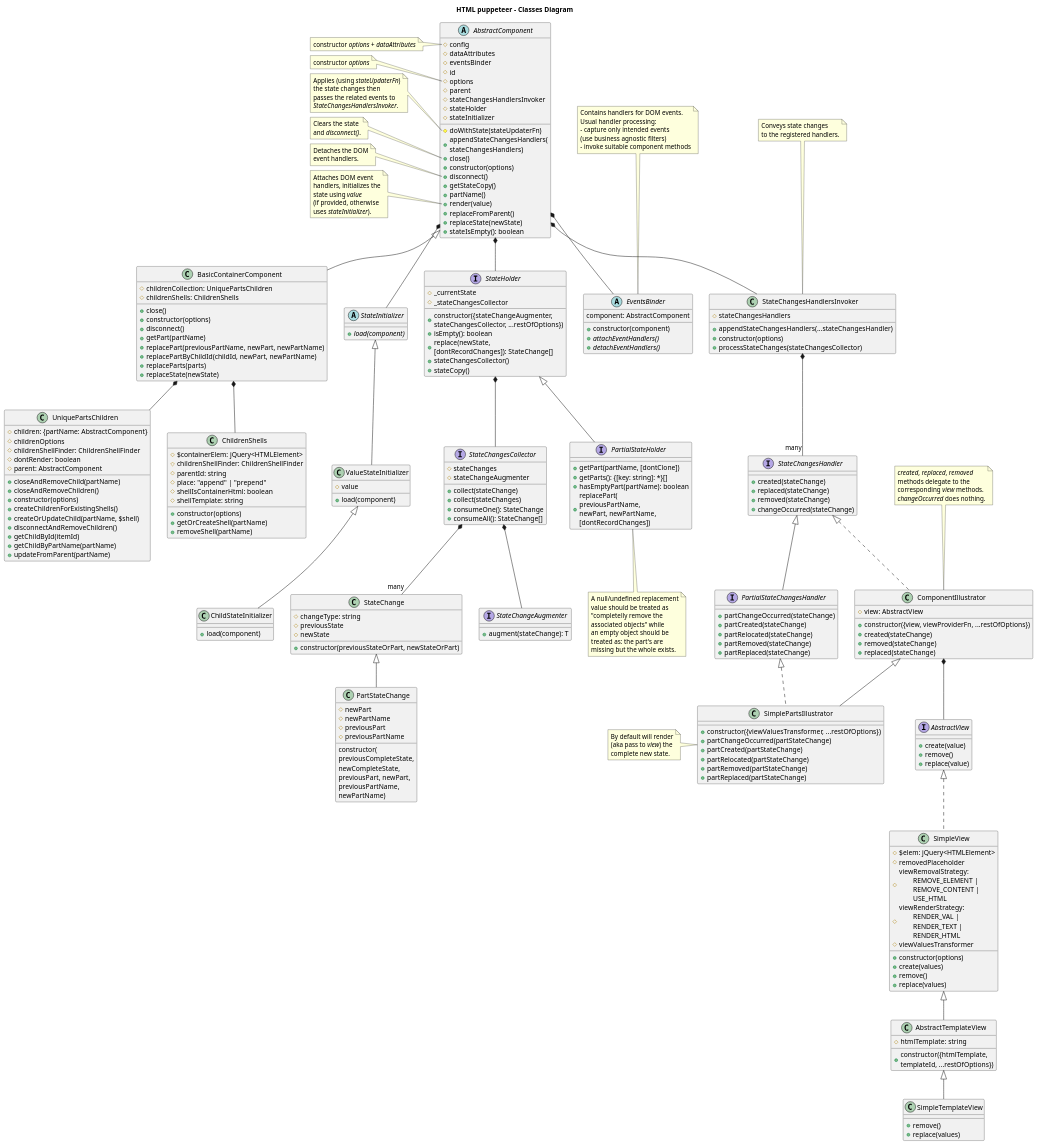
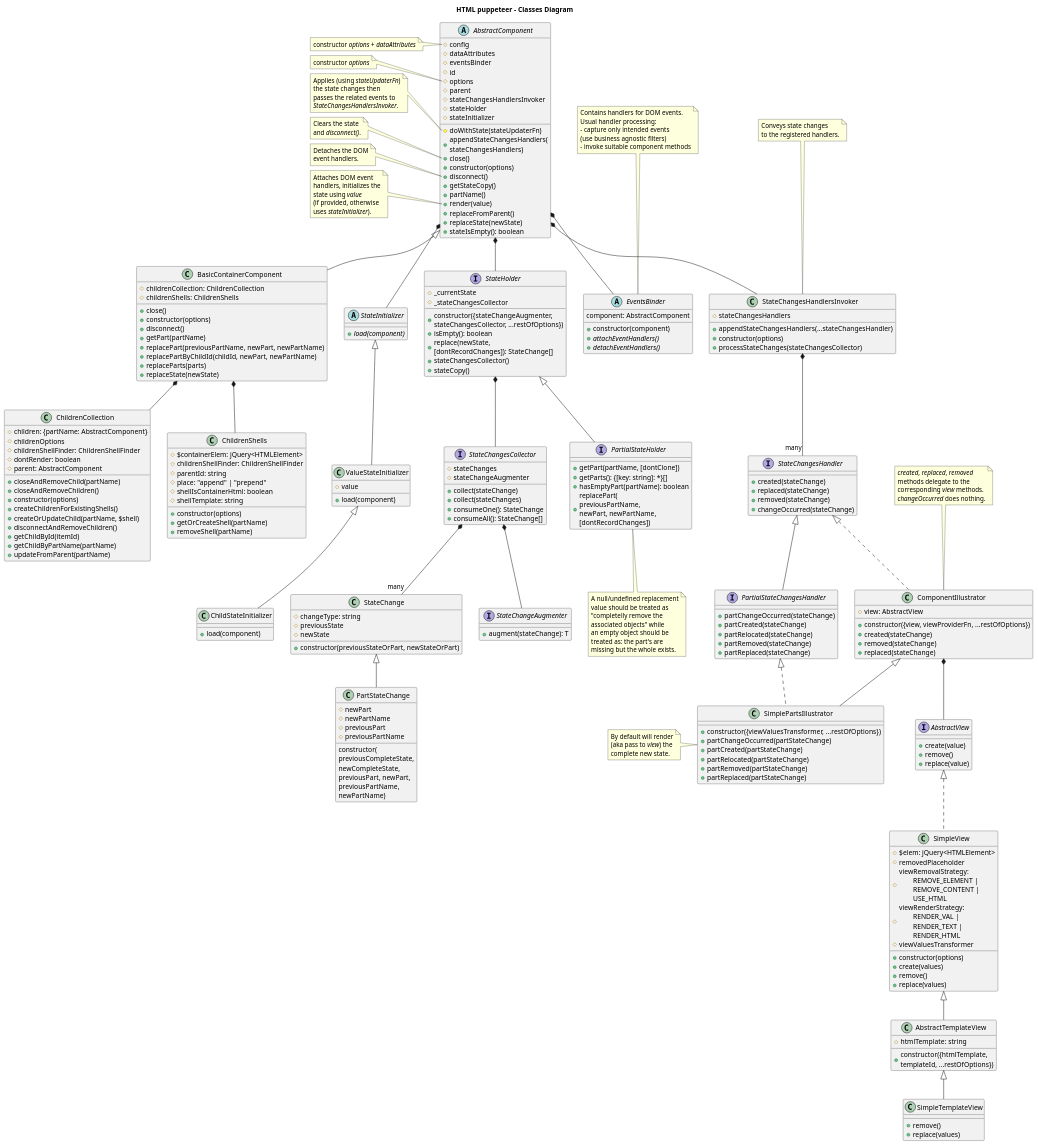
Before and after one commit to adrhc/html-puppeteer: the diagram in design/classes-diagram.puml, drawn with PlantUML. The commit also changed 10 other files, not shown here.

Commit message:
removed DuplicatedPartsChildren.js, UniquePartsChildren.js

```diff
--- a/design/classes-diagram.puml
+++ b/design/classes-diagram.puml
@@ -70,7 +70,7 @@
 +removeShell(partName)
 }
 
-class UniquePartsChildren {
+class ChildrenCollection {
 #children: {partName: AbstractComponent}
 #childrenOptions
 #childrenShellFinder: ChildrenShellFinder
@@ -186,7 +186,7 @@
 end note
 
 class BasicContainerComponent extends AbstractComponent {
-  #childrenCollection: UniquePartsChildren
+  #childrenCollection: ChildrenCollection
   #childrenShells: ChildrenShells
   +close()
   +constructor(options)
@@ -198,7 +198,7 @@
   +replaceState(newState)
 }
 
-BasicContainerComponent *-- UniquePartsChildren
+BasicContainerComponent *-- ChildrenCollection
 BasicContainerComponent *-- ChildrenShells
 
 /'interface ErrorsHandler {
```
